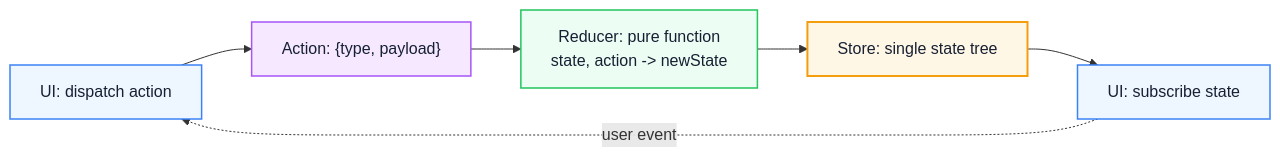
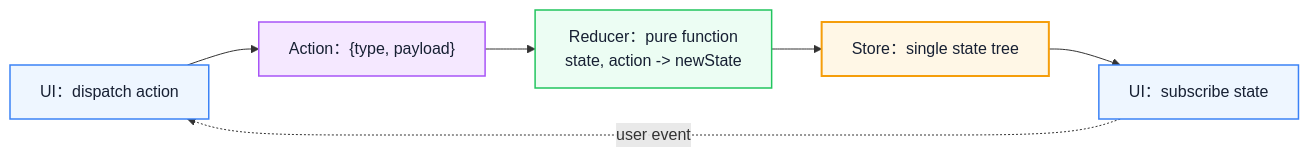
The third of 6 diagrams in docs/frameworks/state-management.md (Fatejian/frontier-vault), drawn with Mermaid before and after one commit. The commit also changed other lines of this file and 41 other files, not shown here.

````diff
--- a/docs/frameworks/state-management.md
+++ b/docs/frameworks/state-management.md
@@ -277,22 +304,21 @@
 ```mermaid
-%%{init: {'theme': 'base', 'themeVariables': { 'fontFamily': 'Inter, PingFang SC, Microsoft YaHei, sans-serif', 'primaryColor': '#EEF6FF', 'primaryTextColor': '#172033', 'primaryBorderColor': '#6EA8FE', 'lineColor': '#8A94A6', 'secondaryColor': '#F7F9FC', 'tertiaryColor': '#FFF7E6, 'fontSize': '13px'}}}%%
 flowchart LR
-    UI["UI: dispatch action"]
-    A["Action: {type, payload}"]
-    R["Reducer: pure function<br/>state, action -> newState"]
-    S["Store: single state tree"]
-    UI2["UI: subscribe state"]
+    UI["UI：dispatch action"]
+    A["Action：{type, payload}"]
+    R["Reducer：pure function<br/>state, action -> newState"]
+    S["Store：single state tree"]
+    UI2["UI：subscribe state"]
 
     UI --> A --> R --> S --> UI2
     UI2 -.user event.-> UI
 
-    classDef ui fill:#EEF6FF,stroke:#3B82F6,color:#172033,stroke-width:1.5px;
-    classDef action fill:#F5E8FF,stroke:#A855F7,color:#172033,stroke-width:1.5px;
-    classDef reducer fill:#ECFDF3,stroke:#22C55E,color:#172033,stroke-width:1.5px;
-    classDef store fill:#FFF7E6,stroke:#F59E0B,color:#172033,stroke-width:2px;
+    classDef wait fill:#EEF6FF,stroke:#3B82F6,color:#172033,stroke-width:1.5px;
+    classDef metric fill:#F5E8FF,stroke:#A855F7,color:#172033,stroke-width:1.5px;
+    classDef work fill:#ECFDF3,stroke:#22C55E,color:#172033,stroke-width:1.5px;
+    classDef block fill:#FFF7E6,stroke:#F59E0B,color:#172033,stroke-width:2px;
 
-    class UI,UI2 ui;
-    class A action;
-    class R reducer;
-    class S store;
+    class UI,UI2 wait;
+    class A metric;
+    class R work;
+    class S block;
 ```
````
